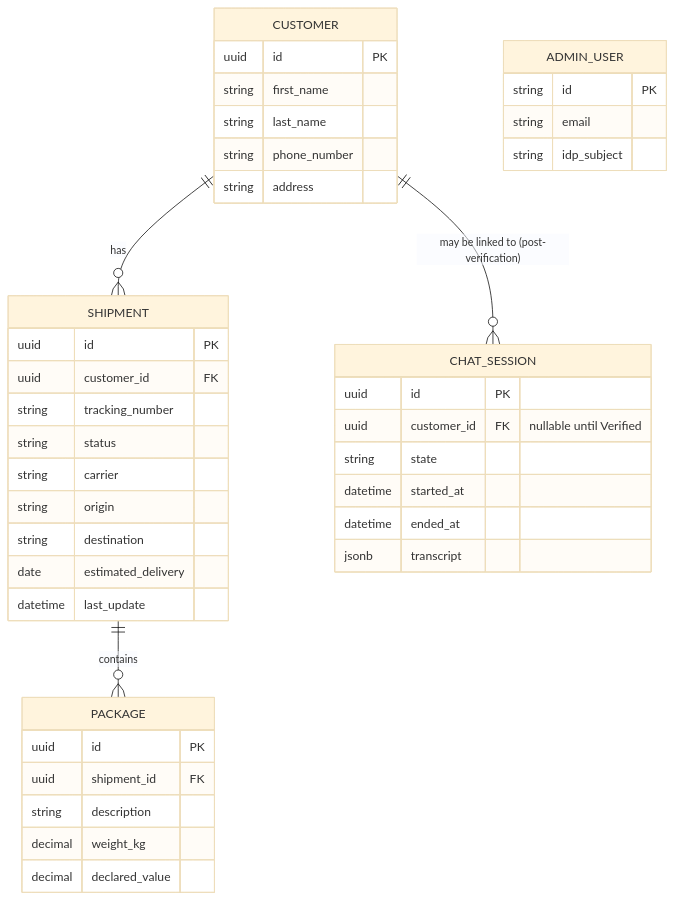
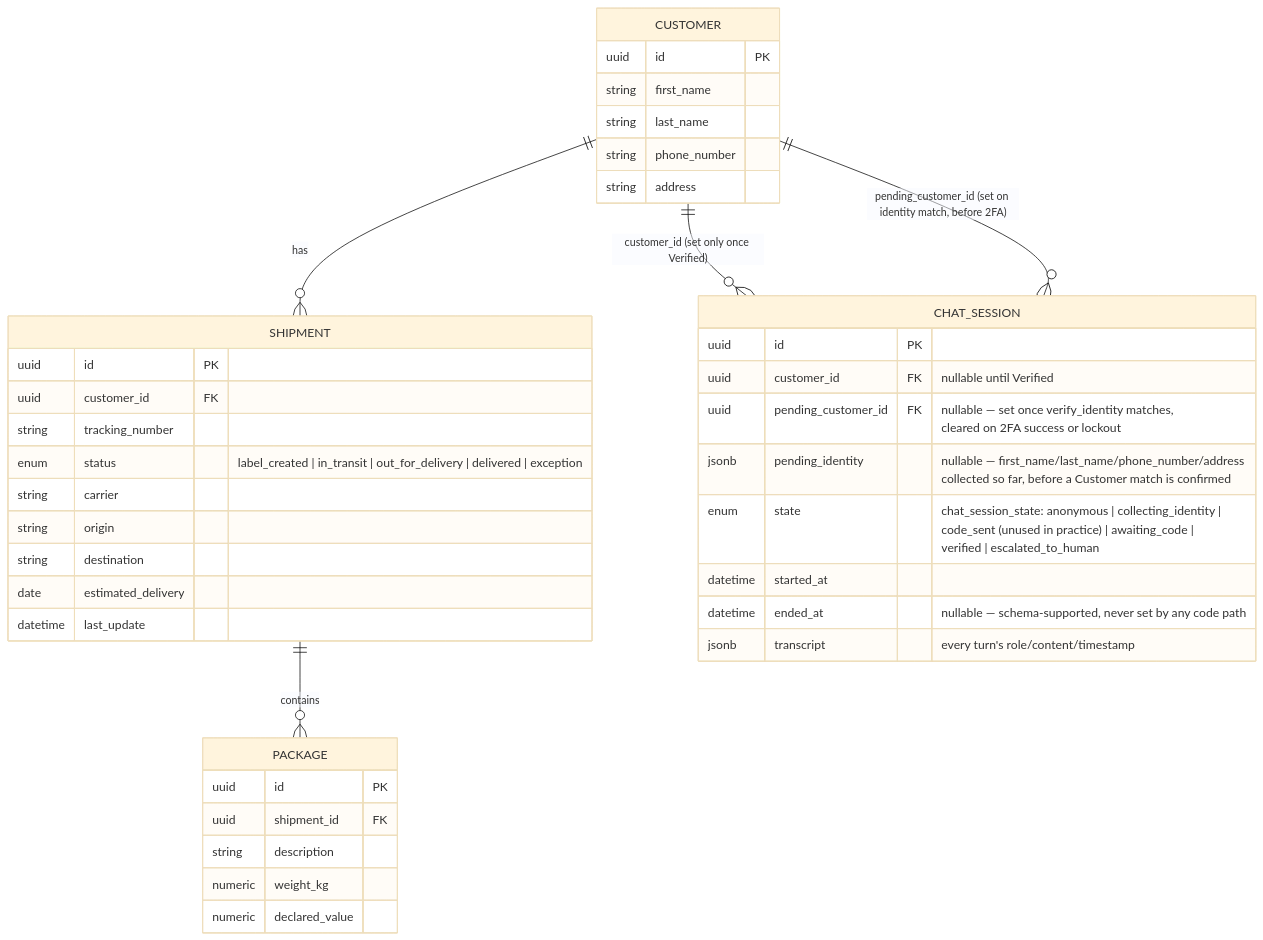
Before and after one commit to ZemaKing/secure-ship-ai: the diagram in docs/diagrams/6.4-data-model-erd.md, drawn with Mermaid (base theme). The commit also changed other lines of this file and 7 other files, not shown here.

Commit message:
Regenerate Section 6 diagrams against actual Week 1-4 implementation, fixing drift from the REQUIREMENTS.md starting reference

````diff
--- a/docs/diagrams/6.4-data-model-erd.md
+++ b/docs/diagrams/6.4-data-model-erd.md
@@ -5,44 +5,42 @@
 ```mermaid
 erDiagram
     CUSTOMER ||--o{ SHIPMENT : has
     SHIPMENT ||--o{ PACKAGE : contains
-    CUSTOMER ||--o{ CHAT_SESSION : "may be linked to (post-verification)"
+    CUSTOMER ||--o{ CHAT_SESSION : "customer_id (set only once Verified)"
+    CUSTOMER ||--o{ CHAT_SESSION : "pending_customer_id (set on identity match, before 2FA)"
     CUSTOMER {
         uuid id PK
         string first_name
         string last_name
         string phone_number
         string address
     }
     SHIPMENT {
         uuid id PK
         uuid customer_id FK
         string tracking_number
-        string status
+        enum status "label_created | in_transit | out_for_delivery | delivered | exception"
         string carrier
         string origin
         string destination
         date estimated_delivery
         datetime last_update
     }
     PACKAGE {
         uuid id PK
         uuid shipment_id FK
         string description
-        decimal weight_kg
-        decimal declared_value
+        numeric weight_kg
+        numeric declared_value
     }
     CHAT_SESSION {
         uuid id PK
         uuid customer_id FK "nullable until Verified"
-        string state
+        uuid pending_customer_id FK "nullable — set once verify_identity matches,<br/>cleared on 2FA success or lockout"
+        jsonb pending_identity "nullable — first_name/last_name/phone_number/address<br/>collected so far, before a Customer match is confirmed"
+        enum state "chat_session_state: anonymous | collecting_identity |<br/>code_sent (unused in practice) | awaiting_code |<br/>verified | escalated_to_human"
         datetime started_at
-        datetime ended_at
-        jsonb transcript
-    }
-    ADMIN_USER {
-        string id PK
-        string email
-        string idp_subject
+        datetime ended_at "nullable — schema-supported, never set by any code path"
+        jsonb transcript "every turn's role/content/timestamp"
     }
 ```
````
